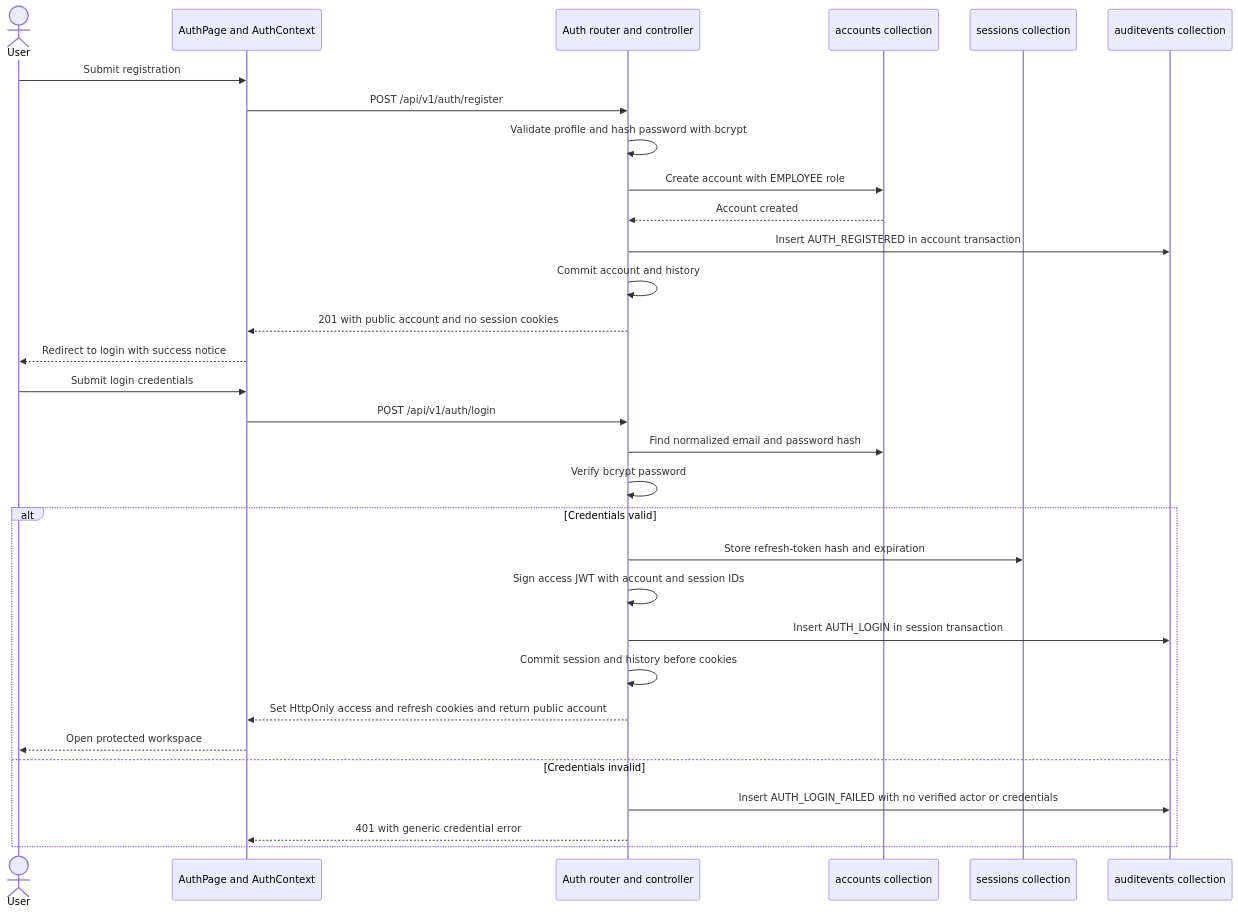
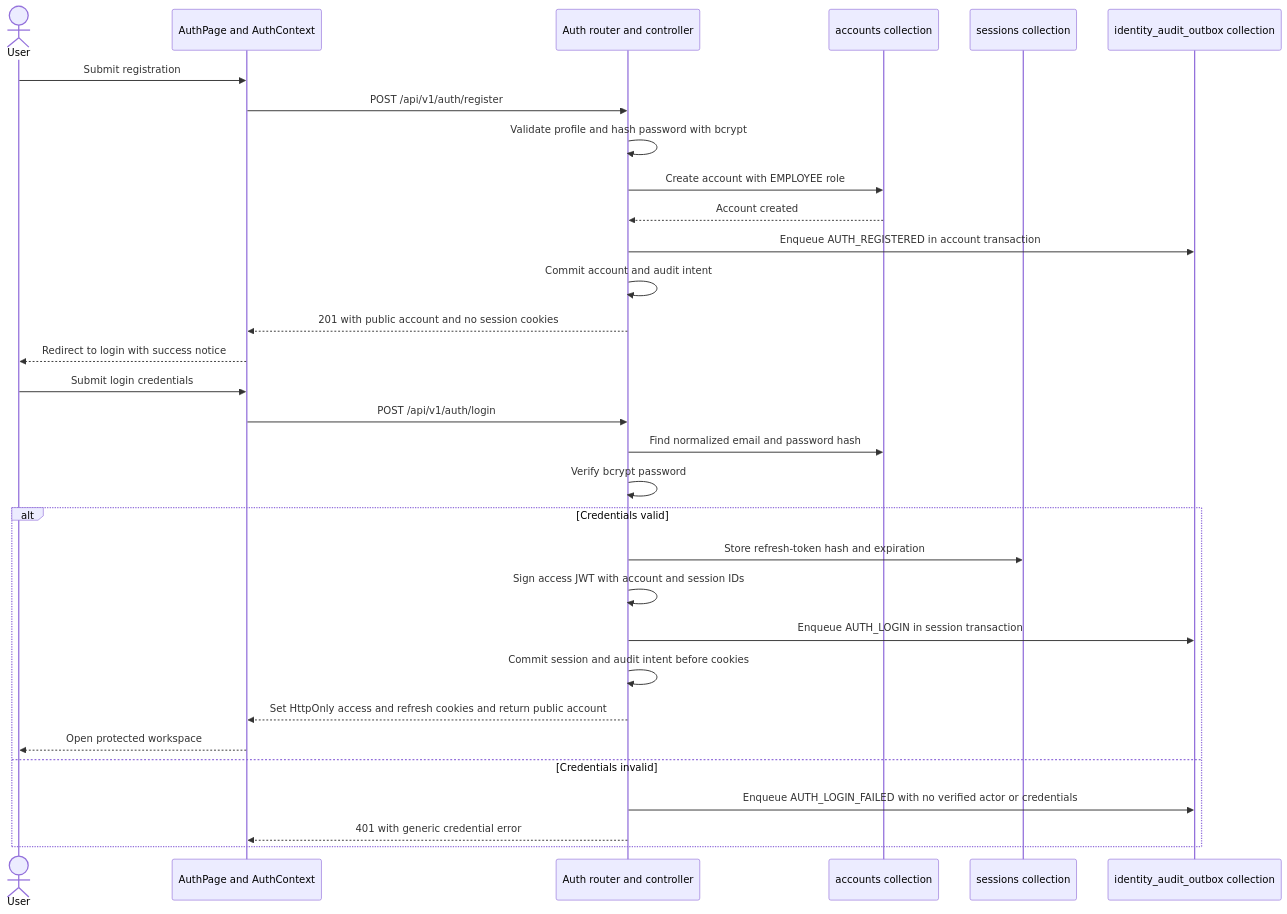
One commit to herve192-hub/WorkSphere changed diagram 27 of 52 in README.md. Above: the diagram before and after it, drawn with Mermaid. The commit also changed other lines of this file and 30 other files, not shown here.

````diff
--- a/README.md
+++ b/README.md
@@ -1309,33 +1337,33 @@
 ```mermaid
 sequenceDiagram
     actor User
     participant Web as AuthPage and AuthContext
     participant API as Auth router and controller
     participant Accounts as accounts collection
     participant Sessions as sessions collection
-    participant Audit as auditevents collection
+    participant Audit as identity_audit_outbox collection
     User->>Web: Submit registration
     Web->>API: POST /api/v1/auth/register
     API->>API: Validate profile and hash password with bcrypt
     API->>Accounts: Create account with EMPLOYEE role
     Accounts-->>API: Account created
-    API->>Audit: Insert AUTH_REGISTERED in account transaction
-    API->>API: Commit account and history
+    API->>Audit: Enqueue AUTH_REGISTERED in account transaction
+    API->>API: Commit account and audit intent
     API-->>Web: 201 with public account and no session cookies
     Web-->>User: Redirect to login with success notice
     User->>Web: Submit login credentials
     Web->>API: POST /api/v1/auth/login
     API->>Accounts: Find normalized email and password hash
     API->>API: Verify bcrypt password
     alt Credentials valid
         API->>Sessions: Store refresh-token hash and expiration
         API->>API: Sign access JWT with account and session IDs
-        API->>Audit: Insert AUTH_LOGIN in session transaction
-        API->>API: Commit session and history before cookies
+        API->>Audit: Enqueue AUTH_LOGIN in session transaction
+        API->>API: Commit session and audit intent before cookies
         API-->>Web: Set HttpOnly access and refresh cookies and return public account
         Web-->>User: Open protected workspace
     else Credentials invalid
-        API->>Audit: Insert AUTH_LOGIN_FAILED with no verified actor or credentials
+        API->>Audit: Enqueue AUTH_LOGIN_FAILED with no verified actor or credentials
         API-->>Web: 401 with generic credential error
     end
 ```
````
